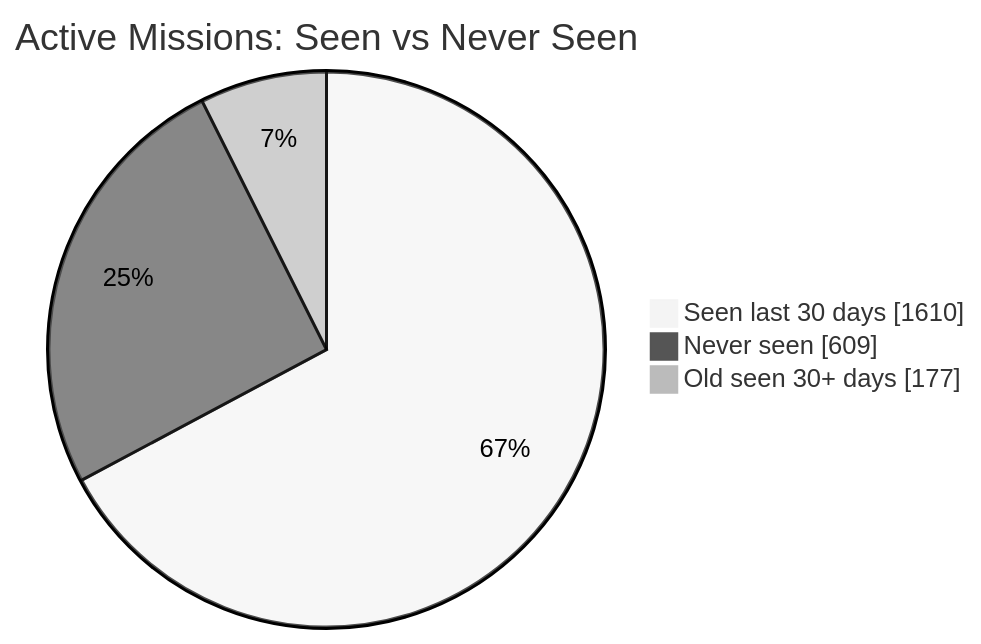
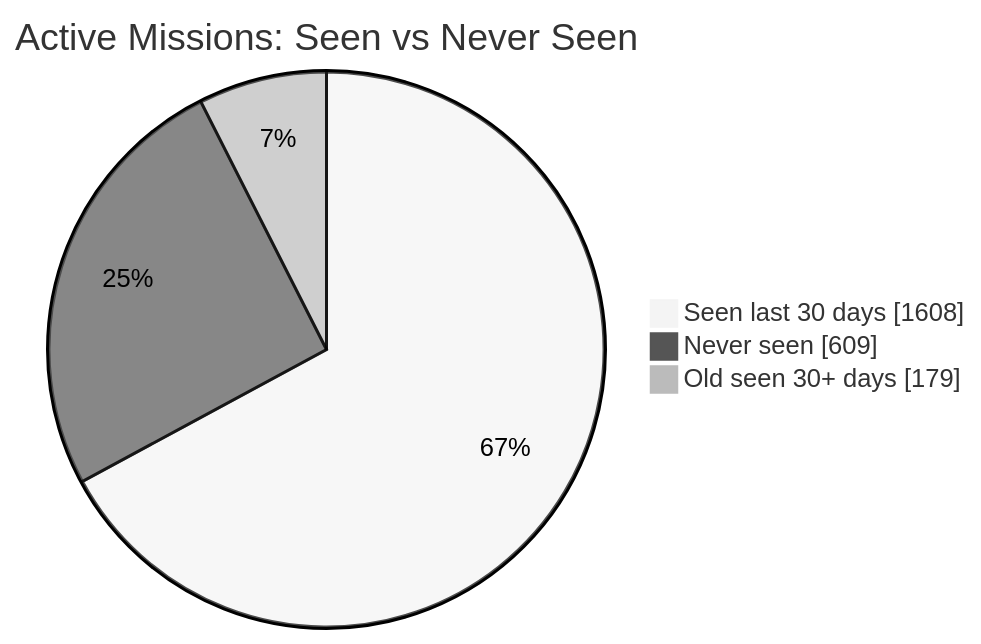
The first of 2 diagrams in README.md (MeldkamerspelGameTeam/active-missions), drawn with Mermaid (neutral theme) before and after one commit. The commit also changed other lines of this file and 2 other files, not shown here.

````diff
--- a/README.md
+++ b/README.md
@@ -34,7 +34,7 @@
 ```mermaid
 pie showData
     title Active Missions: Seen vs Never Seen
-    "Seen last 30 days" : 1610
+    "Seen last 30 days" : 1608
     "Never seen" : 609
-    "Old seen 30+ days" : 177
+    "Old seen 30+ days" : 179
 ```
````
